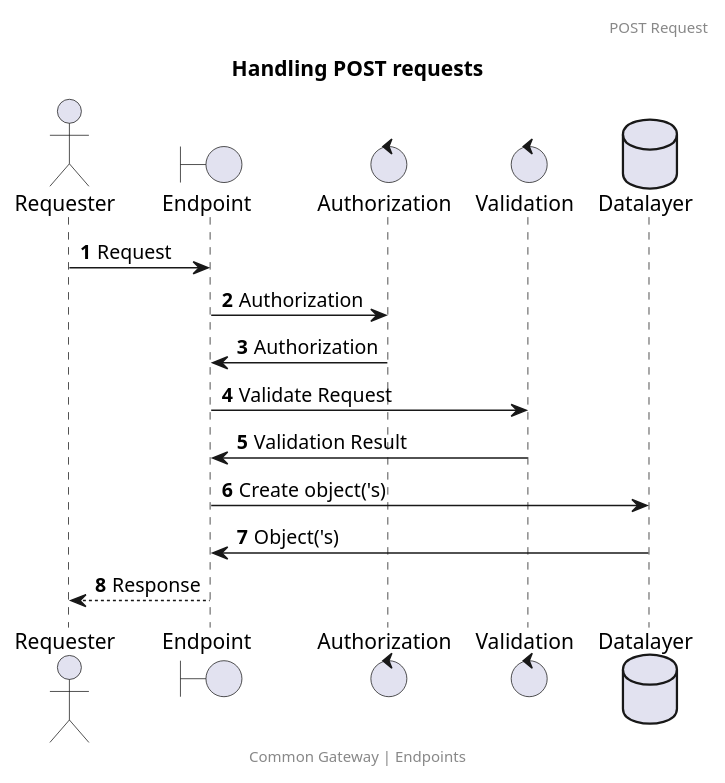
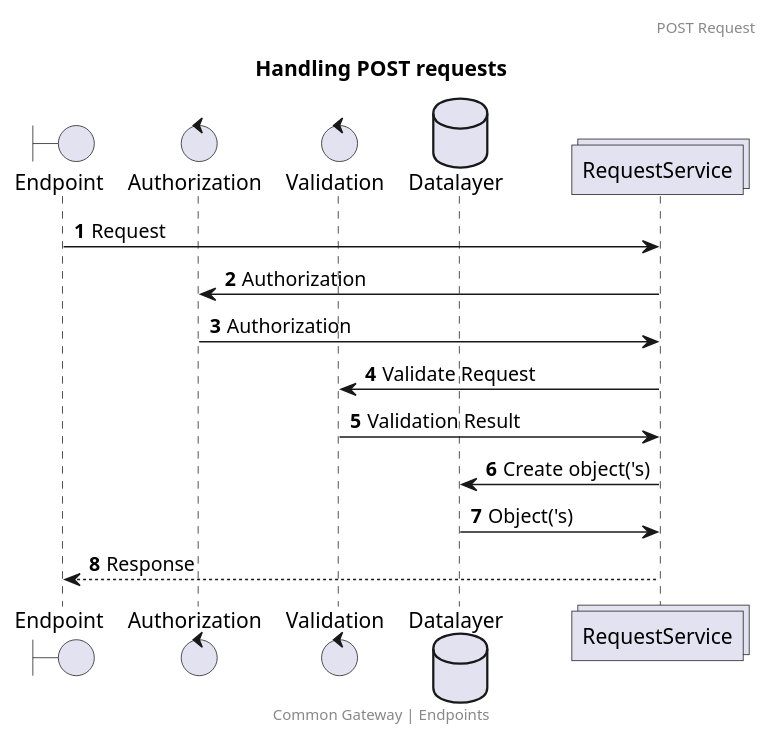
One commit to CommonGateway/CoreBundle changed the diagram in docs/features/request_post.puml. Above: the diagram before and after it, drawn with PlantUML. The commit also changed 7 other files, not shown here.

Commit message:
Add proxy and throw sequence diagrams

```diff
--- a/docs/features/request_post.puml
+++ b/docs/features/request_post.puml
@@ -1,21 +1,21 @@
 @startuml
 title: Handling POST requests
 footer: Common Gateway | Endpoints
 header: POST Request
 autonumber
 
-actor       Requester        as Requester
 boundary    Endpoint         as Endpoint
 control     Authorization    as Authorization
 control     Validation       as Validation
 database    Datalayer        as Datalayer
+collections RequestService   as RequestService
 
-Requester -> Endpoint: Request
-Endpoint -> Authorization  : Authorization
-Authorization -> Endpoint  : Authorization
-Endpoint -> Validation : Validate Request
-Validation -> Endpoint : Validation Result
-Endpoint -> Datalayer : Create object('s)
-Datalayer -> Endpoint : Object('s)
-Endpoint --> Requester: Response
+Endpoint -> RequestService: Request
+RequestService -> Authorization  : Authorization
+Authorization -> RequestService  : Authorization
+RequestService -> Validation : Validate Request
+Validation -> RequestService : Validation Result
+RequestService -> Datalayer : Create object('s)
+Datalayer -> RequestService : Object('s)
+RequestService --> Endpoint: Response
 @enduml
```
